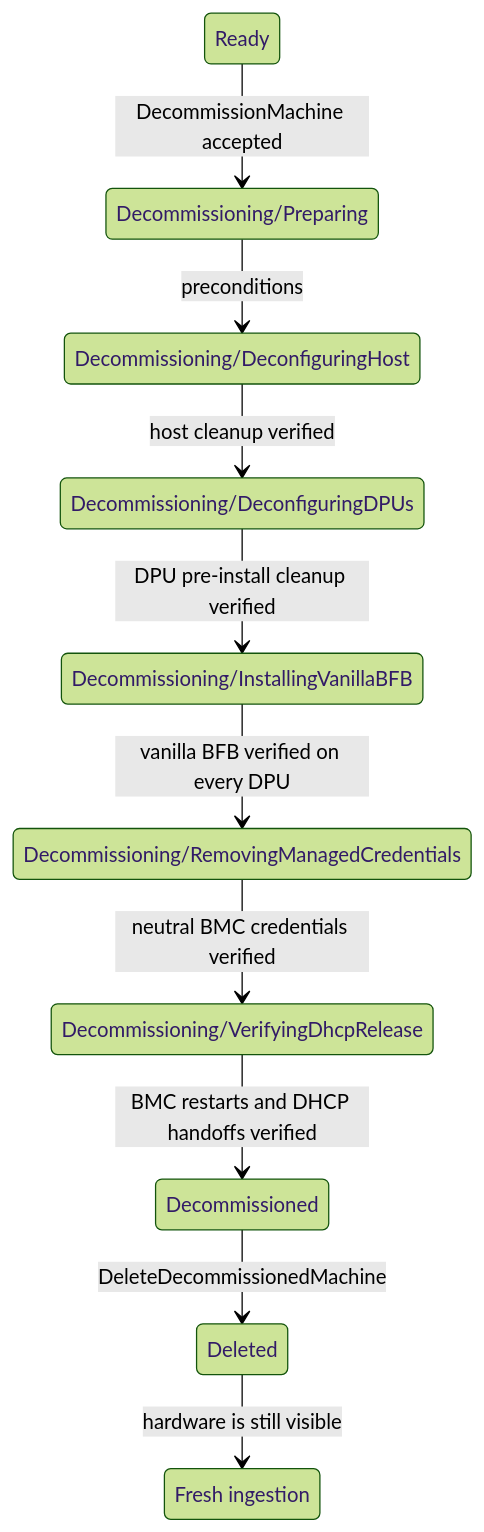
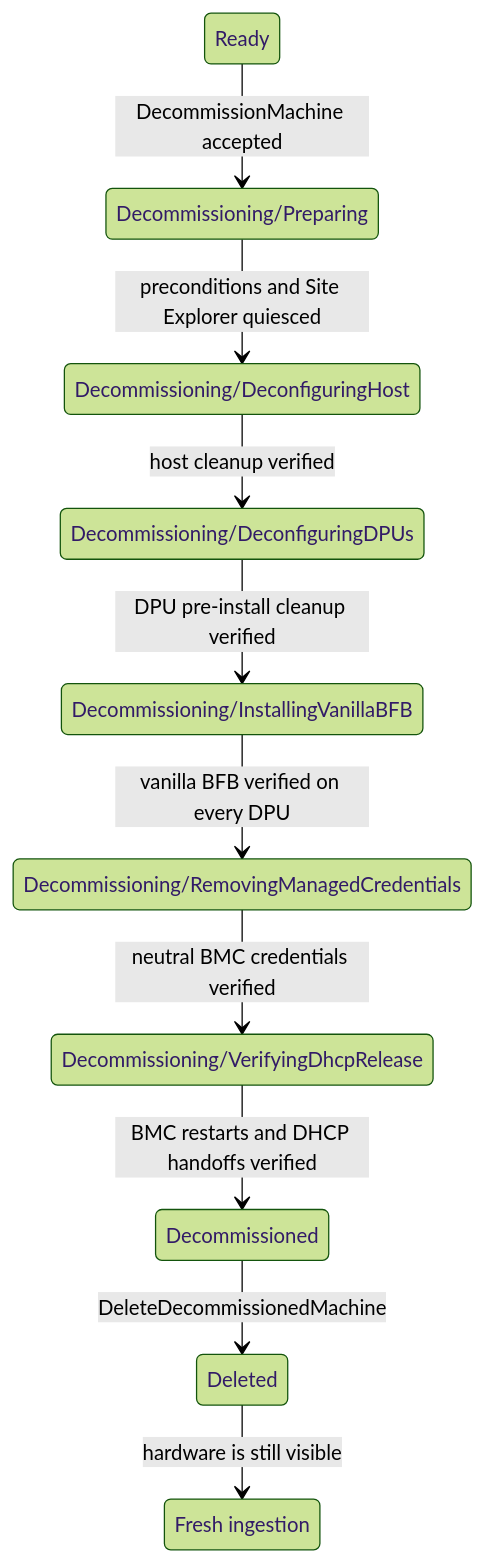
Before and after one commit to NVIDIA/bare-metal-manager-core: the diagram in docs/design/decommissioning/managed-host-decommissioning.md, drawn with Mermaid (forest theme). The commit also changed other lines of this file and 3 other files, not shown here.

Commit message:
add site_explorer_suppressed_at similar to dhcp_discover_suppressed_at

````diff
--- a/docs/design/decommissioning/managed-host-decommissioning.md
+++ b/docs/design/decommissioning/managed-host-decommissioning.md
@@ -88,23 +89,23 @@
 ```mermaid
 stateDiagram-v2
     state "Ready" as Ready
     state "Decommissioning/Preparing" as Preparing
     state "Decommissioning/DeconfiguringHost" as DeconfiguringHost
     state "Decommissioning/DeconfiguringDPUs" as DeconfiguringDPUs
     state "Decommissioning/InstallingVanillaBFB" as InstallingVanillaBFB
     state "Decommissioning/RemovingManagedCredentials" as RemovingCredentials
     state "Decommissioning/VerifyingDhcpRelease" as VerifyingDhcpRelease
     state "Decommissioned" as Decommissioned
     state "Deleted" as Deleted
     state "Fresh ingestion" as FreshIngestion
 
     Ready --> Preparing : DecommissionMachine accepted
-    Preparing --> DeconfiguringHost : preconditions
+    Preparing --> DeconfiguringHost : preconditions and Site Explorer quiesced
     DeconfiguringHost --> DeconfiguringDPUs : host cleanup verified
     DeconfiguringDPUs --> InstallingVanillaBFB : DPU pre-install cleanup verified
     InstallingVanillaBFB --> RemovingCredentials : vanilla BFB verified on every DPU
     RemovingCredentials --> VerifyingDhcpRelease : neutral BMC credentials verified
     VerifyingDhcpRelease --> Decommissioned : BMC restarts and DHCP handoffs verified
     Decommissioned --> Deleted : DeleteDecommissionedMachine
     Deleted --> FreshIngestion : hardware is still visible
 ```
````
